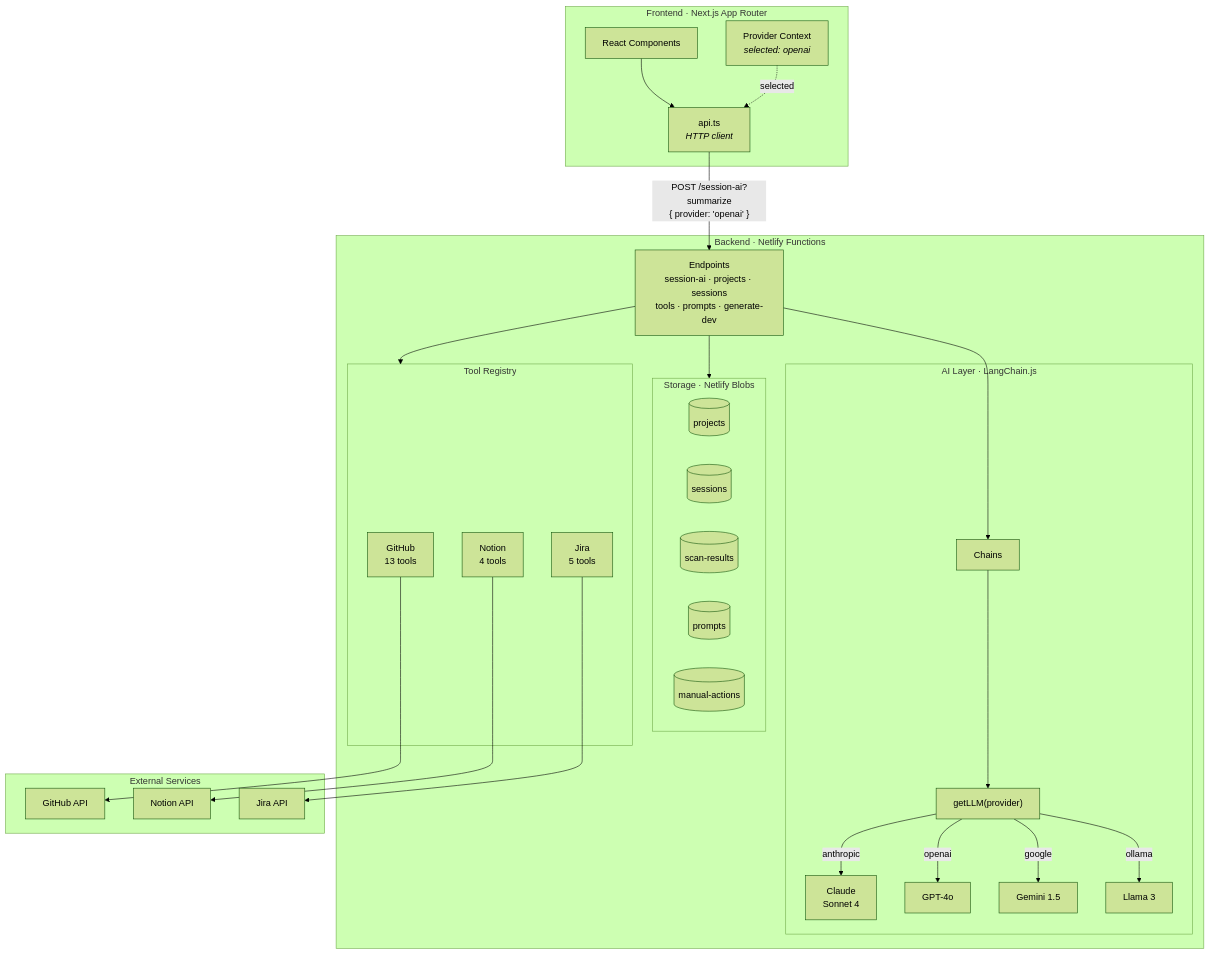
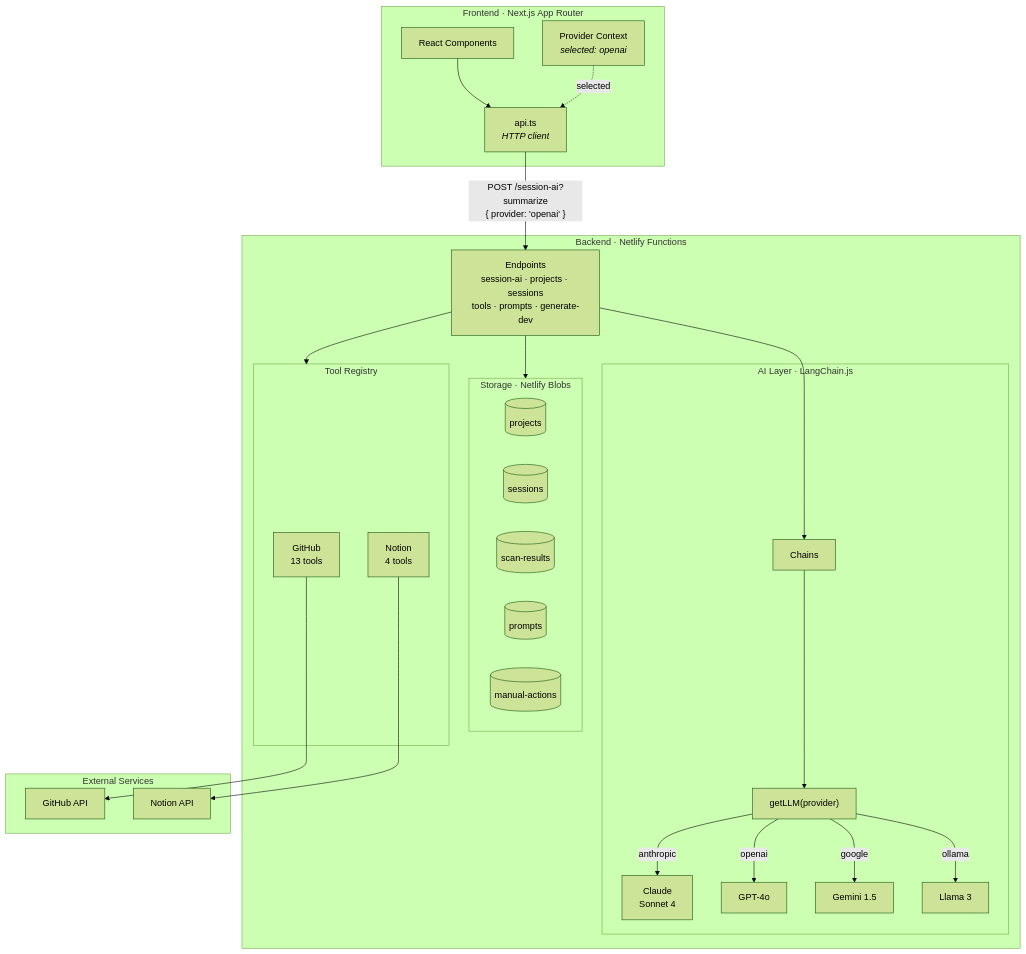
The first of 17 diagrams in docs/LEARNING_AI_BACKEND.md (rlynjb/buffr), drawn with Mermaid (forest theme) before and after one commit. The commit also changed other lines of this file and 30 other files, not shown here.

````diff
--- a/docs/LEARNING_AI_BACKEND.md
+++ b/docs/LEARNING_AI_BACKEND.md
@@ -18,52 +18,49 @@
 ```mermaid
 graph TB
     subgraph Frontend["Frontend · Next.js App Router"]
         UI["React Components"]
         ProvCtx["Provider Context<br/><i>selected: openai</i>"]
         API["api.ts<br/><i>HTTP client</i>"]
     end
 
     subgraph Backend["Backend · Netlify Functions"]
         EP["Endpoints<br/>session-ai · projects · sessions<br/>tools · prompts · generate-dev"]
 
         subgraph AI["AI Layer · LangChain.js"]
             Factory["getLLM(provider)"]
             Chains["Chains"]
             Factory -->|"anthropic"| Claude["Claude<br/>Sonnet 4"]
             Factory -->|"openai"| GPT["GPT-4o"]
             Factory -->|"google"| Gemini["Gemini 1.5"]
             Factory -->|"ollama"| Ollama["Llama 3"]
         end
 
         subgraph Storage["Storage · Netlify Blobs"]
             Projects[("projects")]
             Sessions[("sessions")]
             Scans[("scan-results")]
             Prompts[("prompts")]
             Manual[("manual-actions")]
         end
 
         subgraph Tools["Tool Registry"]
             GH["GitHub<br/>13 tools"]
             NO["Notion<br/>4 tools"]
-            JI["Jira<br/>5 tools"]
         end
     end
 
     subgraph External["External Services"]
         GHAPI["GitHub API"]
         NOAPI["Notion API"]
-        JIAPI["Jira API"]
     end
 
     UI --> API
     API -->|"POST /session-ai?summarize<br/>{ provider: 'openai' }"| EP
     EP --> Chains
     Chains --> Factory
     EP --> Storage
     EP --> Tools
     GH --> GHAPI
     NO --> NOAPI
-    JI --> JIAPI
     ProvCtx -.->|"selected"| API
 ```
````
